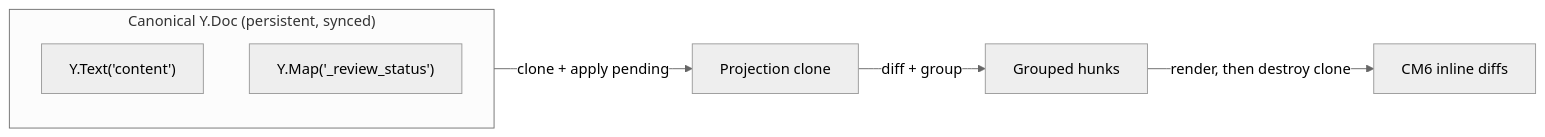
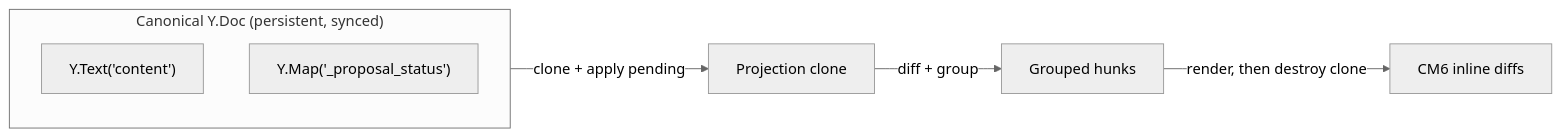
One commit to haowjy/meridian-flow changed the diagram in _docs/plans/collab-review-v2/spec/dual-version-yjs-model.md. Above: the diagram before and after it, drawn with Mermaid (neutral theme). The commit also changed other lines of this file and 9 other files, not shown here.

First line of the commit message:
collab-v2: unify thread undo/reapply, rename _proposal_status, local-first thread ops

````diff
--- a/_docs/plans/collab-review-v2/spec/dual-version-yjs-model.md
+++ b/_docs/plans/collab-review-v2/spec/dual-version-yjs-model.md
@@ -11,10 +11,10 @@
 ```mermaid
 flowchart LR
     subgraph doc ["Canonical Y.Doc (persistent, synced)"]
         T["Y.Text('content')"]
-        M["Y.Map('_review_status')"]
+        M["Y.Map('_proposal_status')"]
     end
     doc -->|"clone + apply pending"| P["Projection clone"]
     P -->|"diff + group"| H["Grouped hunks"]
     H -->|"render, then destroy clone"| CM["CM6 inline diffs"]
 ```
````
